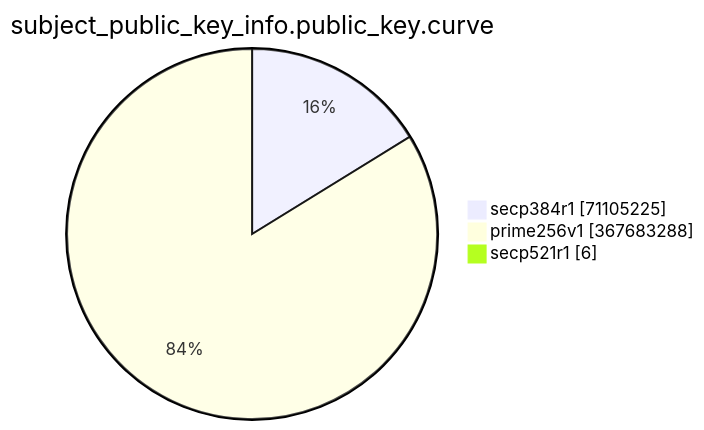
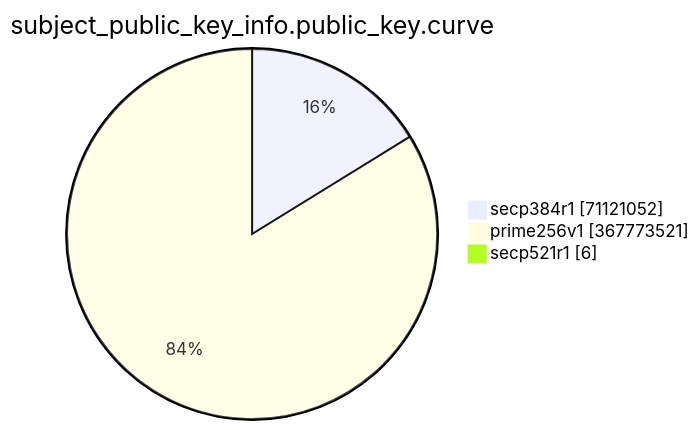
One commit to christiankrug/ctmonitor_visualization changed the eighth of 15 diagrams in TOTAL/README.md. Above: the diagram before and after it, drawn with Mermaid. The commit also changed other lines of this file, not shown here.

````diff
--- a/TOTAL/README.md
+++ b/TOTAL/README.md
@@ -3092,7 +3092,7 @@
 ```mermaid
 pie showData
 title subject_public_key_info.public_key.curve
-"secp384r1" :71105225
-"prime256v1" :367683288
+"secp384r1" :71121052
+"prime256v1" :367773521
 "secp521r1" :6
 ```
````
